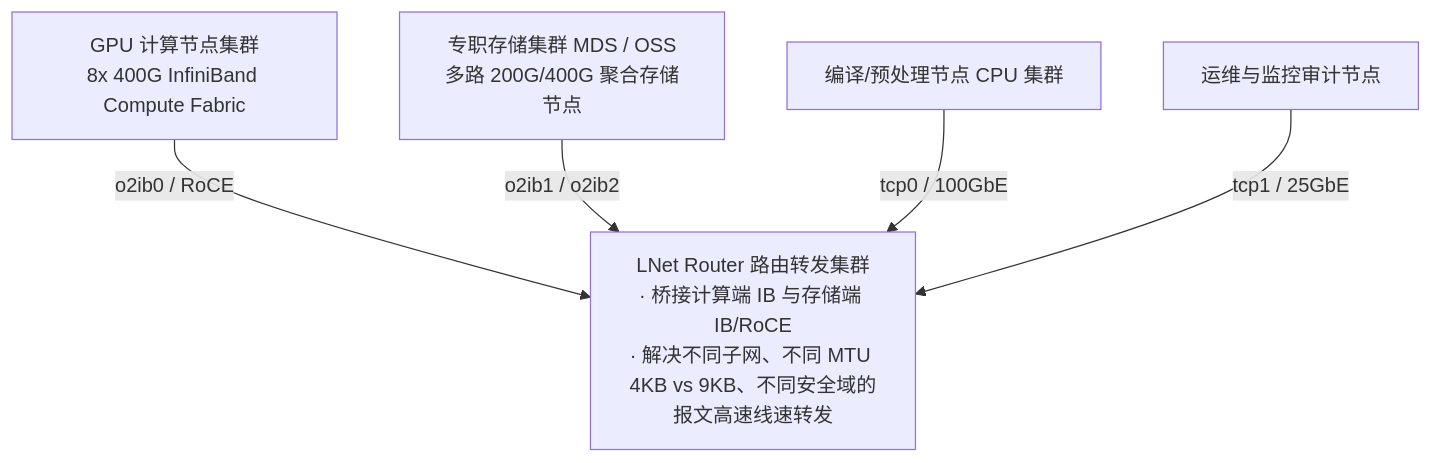
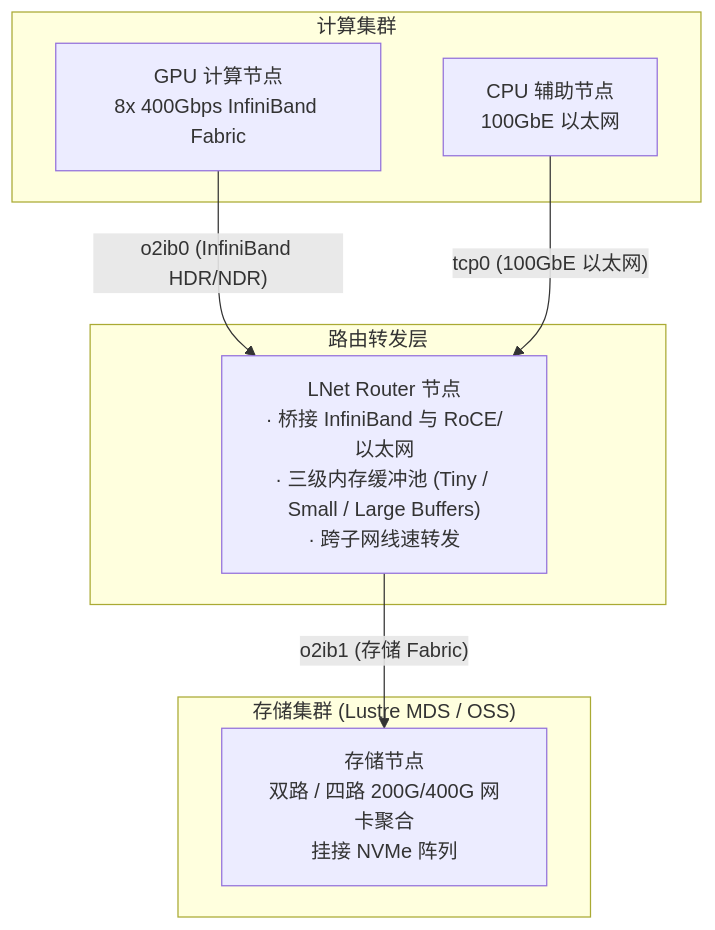
The first of 5 diagrams in part-01-foundation/02-lnet.md (lilinji/lustre-book), drawn with Mermaid before and after one commit. The commit also changed other lines of this file and 227 other files, not shown here.

First line of the commit message:
feat: complete 29-chapter rewrite with 75 diagrams and new GPT-style white book cover

````diff
--- a/part-01-foundation/02-lnet.md
+++ b/part-01-foundation/02-lnet.md
@@ -17,14 +22,19 @@
 ```mermaid
-%% 现代智算中心典型的异构网络拓扑
 flowchart TD
-    GPU["GPU 计算节点集群<br/>8x 400G InfiniBand Compute Fabric"]
-    STORE["专职存储集群 MDS / OSS<br/>多路 200G/400G 聚合存储节点"]
-    ROUTER["LNet Router 路由转发集群<br/>· 桥接计算端 IB 与存储端 IB/RoCE<br/>· 解决不同子网、不同 MTU 4KB vs 9KB、不同安全域的报文高速线速转发"]
-    COMPILE["编译/预处理节点 CPU 集群"]
-    OPS["运维与监控审计节点"]
+    subgraph Compute_Tier ["计算集群"]
+        GPU["GPU 计算节点<br/>8x 400Gbps InfiniBand Fabric"]
+        COMPILE["CPU 辅助节点<br/>100GbE 以太网"]
+    end
 
-    GPU -->|"o2ib0 / RoCE"| ROUTER
-    STORE -->|"o2ib1 / o2ib2"| ROUTER
-    COMPILE -->|"tcp0 / 100GbE"| ROUTER
-    OPS -->|"tcp1 / 25GbE"| ROUTER
+    subgraph Router_Tier ["路由转发层"]
+        ROUTER["LNet Router 节点<br/>· 桥接 InfiniBand 与 RoCE/以太网<br/>· 三级内存缓冲池 (Tiny / Small / Large Buffers)<br/>· 跨子网线速转发"]
+    end
+
+    subgraph Storage_Tier ["存储集群 (Lustre MDS / OSS)"]
+        STORE["存储节点<br/>双路 / 四路 200G/400G 网卡聚合<br/>挂接 NVMe 阵列"]
+    end
+
+    GPU -->|"o2ib0 (InfiniBand HDR/NDR)"| ROUTER
+    COMPILE -->|"tcp0 (100GbE 以太网)"| ROUTER
+    ROUTER -->|"o2ib1 (存储 Fabric)"| STORE
 ```
````
